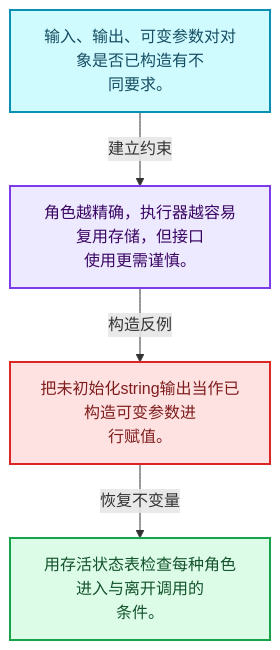
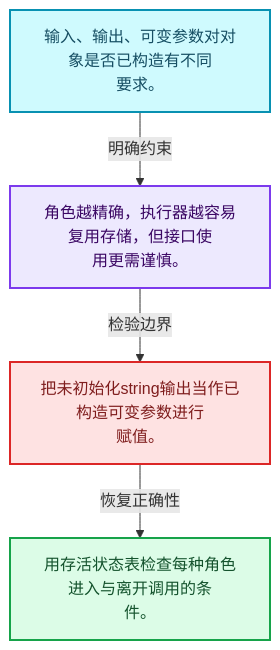
One commit to yunkezengren/blender-.vscode changed the first of 4 diagrams in 杂/markdown/全面学习-codex/07-MultiFunction与批量执行/03-参数类型与角色.md. Above: the diagram before and after it, drawn with Mermaid. The commit also changed other lines of this file and 1930 other files, not shown here.

````diff
--- a/杂/markdown/全面学习-codex/07-MultiFunction与批量执行/03-参数类型与角色.md
+++ b/杂/markdown/全面学习-codex/07-MultiFunction与批量执行/03-参数类型与角色.md
@@ -29,16 +29,16 @@
 ```mermaid
 flowchart TB
-  M["输入、输出、可变参数对对象是否已构造有不<br/>同要求。"]:::data
-  T["角色越精确，执行器越容易复用存储，但接口<br/>使用更需谨慎。"]:::abstraction
-  X["把未初始化string输出当作已构造可变参数进<br/>行赋值。"]:::error
-  A["用存活状态表检查每种角色进入与离开调用的<br/>条件。"]:::result
-  M -->|"建立约束"| T
-  T -->|"构造反例"| X
-  X -->|"恢复不变量"| A
+  M["输入、输出、可变参数对对象是否已构造有不同<br/>要求。"]:::data
+  C["角色越精确，执行器越容易复用存储，但接口使<br/>用更需谨慎。"]:::abstraction
+  B["把未初始化string输出当作已构造可变参数进行<br/>赋值。"]:::error
+  R["用存活状态表检查每种角色进入与离开调用的条<br/>件。"]:::result
+  M -->|"明确约束"| C
+  C -->|"检验边界"| B
+  B -->|"恢复正确性"| R
   classDef input fill:#DBEAFE,stroke:#2563EB,color:#172554,stroke-width:2px;
   classDef data fill:#CFFAFE,stroke:#0891B2,color:#164E63,stroke-width:2px;
   classDef abstraction fill:#EDE9FE,stroke:#7C3AED,color:#3B0764,stroke-width:2px;
   classDef compute fill:#FEF3C7,stroke:#D97706,color:#78350F,stroke-width:2px;
   classDef result fill:#DCFCE7,stroke:#16A34A,color:#14532D,stroke-width:2px;
   classDef error fill:#FEE2E2,stroke:#DC2626,color:#7F1D1D,stroke-width:2px;
 ```
````
